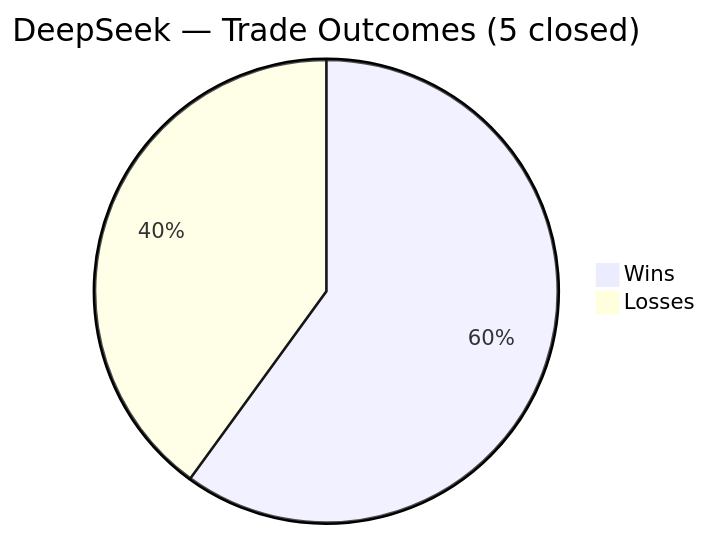
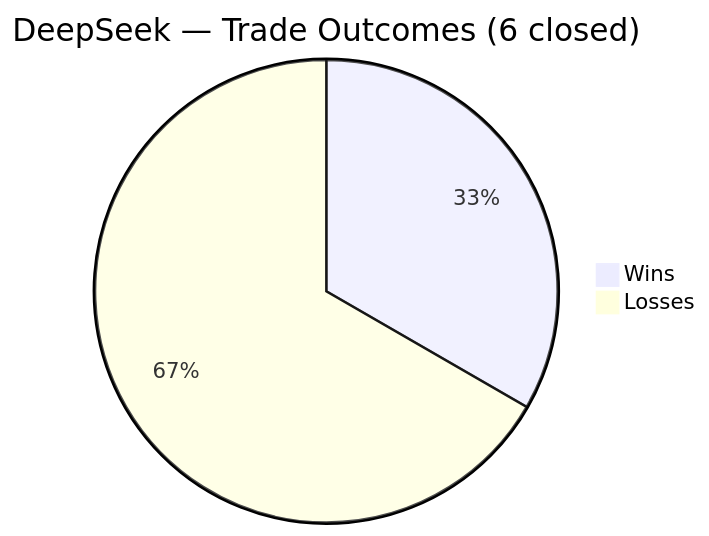
One commit to zachisit/ai-auto-buy-thesis changed the fourth of 5 diagrams in README.md. Above: the diagram before and after it, drawn with Mermaid. The commit also changed other lines of this file and 1 other file, not shown here.

Commit message:
Update README and add session log for 7/20 — NVDA stops hit at $202.00 for -$38.00, DeepSeek now 6 closed (2W/4L, +$26.98), 100% cash; no valid VSA setups

````diff
--- a/README.md
+++ b/README.md
@@ -53,5 +53,5 @@
 ```mermaid
-pie title DeepSeek — Trade Outcomes (5 closed)
-    "Wins" : 3
-    "Losses" : 2
+pie title DeepSeek — Trade Outcomes (6 closed)
+    "Wins" : 2
+    "Losses" : 4
 ```
````
